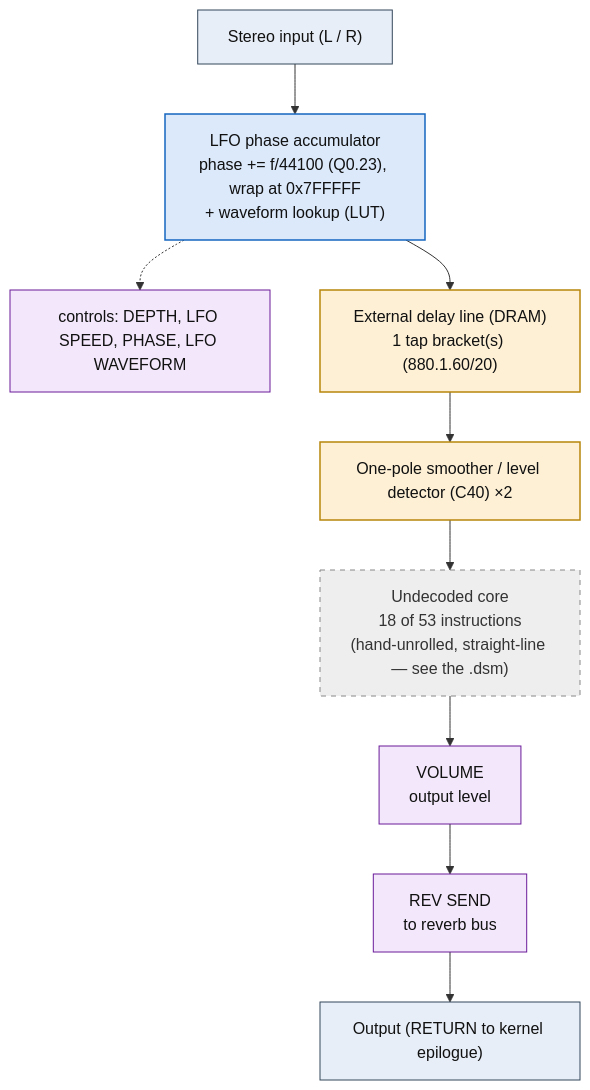
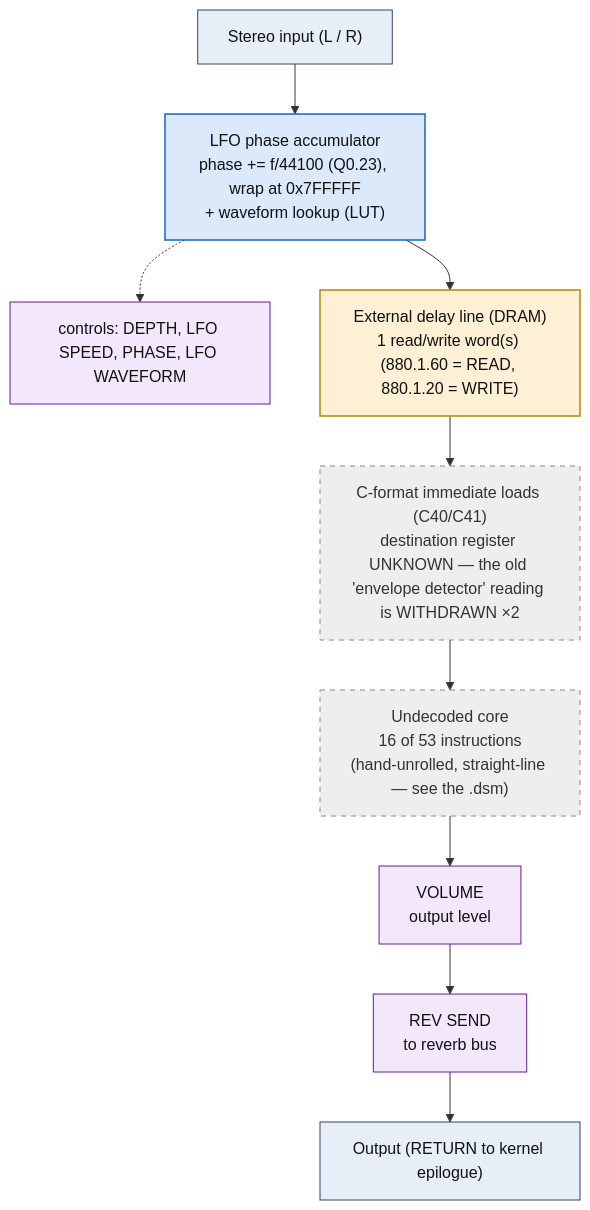
One commit to ArqueologiaDigital/KN5000-docs changed the diagram in flowcharts/prog50_vibrato.md. Above: the diagram before and after it, drawn with Mermaid. The commit also changed other lines of this file and 38 other files, not shown here.

First line of the commit message:
flowcharts: withdraw the envelope-detector reading, decode the DRAM accesses

````diff
--- a/flowcharts/prog50_vibrato.md
+++ b/flowcharts/prog50_vibrato.md
@@ -19,32 +19,32 @@
 ```mermaid
 flowchart TD
     N0["Stereo input (L / R)"]
     N1["LFO phase accumulator<br/>phase += f/44100 (Q0.23), wrap at 0x7FFFFF<br/>+ waveform lookup (LUT)"]
     N0 --> N1
     N2["controls: DEPTH, LFO SPEED, PHASE, LFO WAVEFORM"]
     N1 -.-> N2
-    N3["External delay line (DRAM)<br/>1 tap bracket(s) (880.1.60/20)"]
+    N3["External delay line (DRAM)<br/>1 read/write word(s) (880.1.60 = READ, 880.1.20 = WRITE)"]
     N1 --> N3
-    N4["One-pole smoother / level detector (C40) &times;2"]
+    N4["C-format immediate loads (C40/C41)<br/>destination register UNKNOWN &mdash; the old 'envelope detector' reading is WITHDRAWN &times;2"]
     N3 --> N4
-    N5["Undecoded core<br/>18 of 53 instructions<br/>(hand-unrolled, straight-line &mdash; see the .dsm)"]
+    N5["Undecoded core<br/>16 of 53 instructions<br/>(hand-unrolled, straight-line &mdash; see the .dsm)"]
     N4 --> N5
     N6["VOLUME<br/>output level"]
     N5 --> N6
     N7["REV SEND<br/>to reverb bus"]
     N6 --> N7
     N8["Output (RETURN to kernel epilogue)"]
     N7 --> N8
 
     classDef io fill:#e8eef7,stroke:#33475b,stroke-width:1px,color:#111;
     classDef proven fill:#d7f0d7,stroke:#2e7d32,stroke-width:2px,color:#111;
     classDef measured fill:#dbe9fb,stroke:#1565c0,stroke-width:1.5px,color:#111;
     classDef inferred fill:#fdf0d5,stroke:#b8860b,stroke-width:1.5px,color:#111;
     classDef open fill:#eeeeee,stroke:#888,stroke-width:1px,color:#333,stroke-dasharray:5 5;
     classDef ctrl fill:#f3e8fb,stroke:#6a1b9a,stroke-width:1px,color:#111;
     class N0,N8 io;
     class N1 measured;
     class N2,N6,N7 ctrl;
-    class N3,N4 inferred;
-    class N5 open;
+    class N3 inferred;
+    class N4,N5 open;
 ```
````
